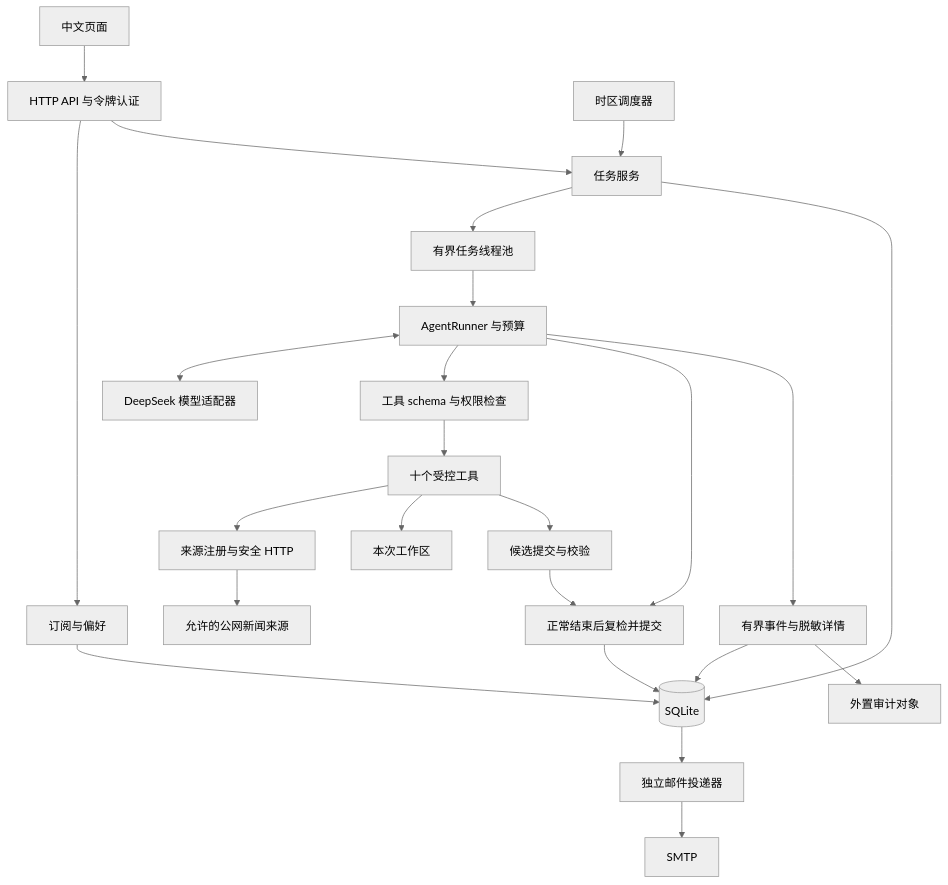
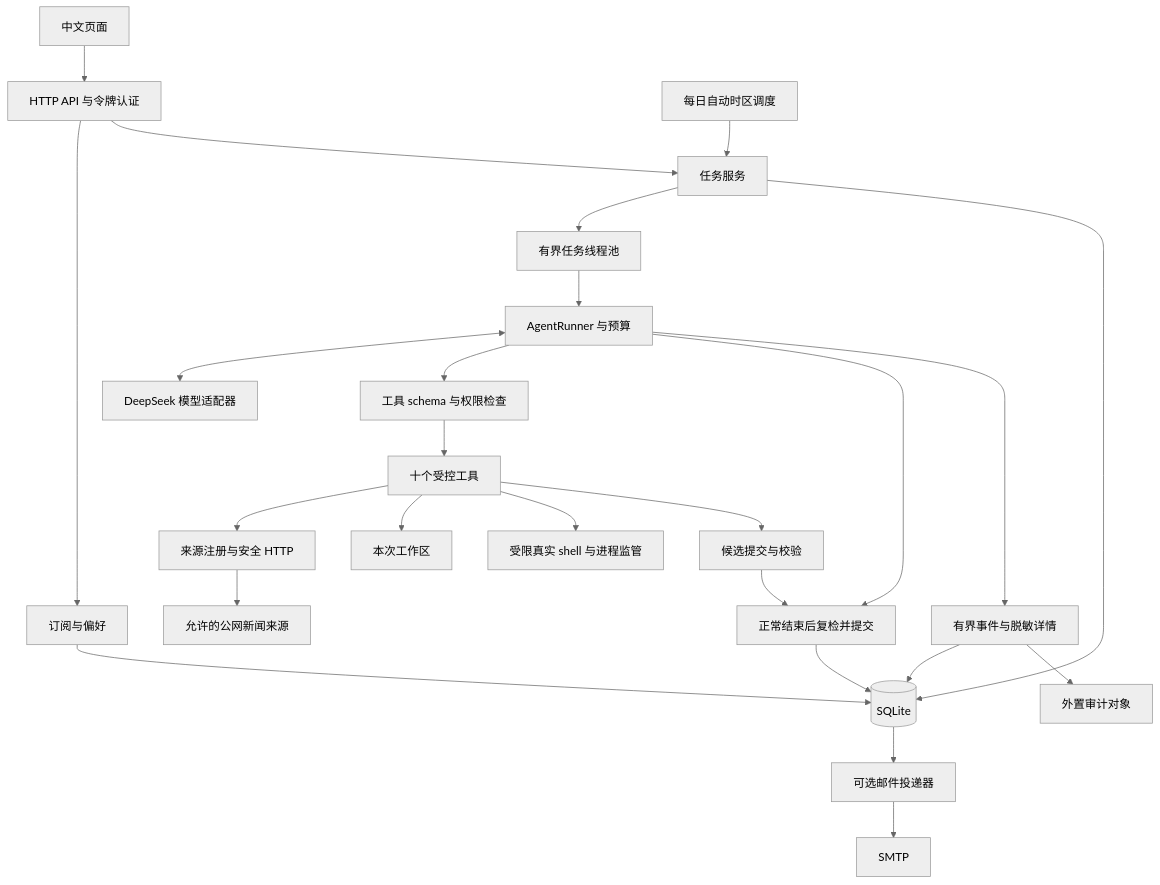
The diagram in docs/diagrams/01-architecture.mmd (xiaoyixin3/ai-news-agent), drawn with Mermaid (neutral theme) before and after one commit. The commit also changed 17 other files, not shown here.

Commit message:
docs: align revised architecture and record scheduled live acceptance

```diff
--- a/docs/diagrams/01-architecture.mmd
+++ b/docs/diagrams/01-architecture.mmd
@@ -1,24 +1,25 @@
 flowchart TB
   UI[中文页面] --> API[HTTP API 与令牌认证]
   API --> SUB[订阅与偏好]
   API --> RUN[任务服务]
-  SCH[时区调度器] --> RUN
+  SCH[每日自动时区调度] --> RUN
   RUN --> WORK[有界任务线程池]
   WORK --> AGENT[AgentRunner 与预算]
   AGENT <--> LLM[DeepSeek 模型适配器]
   AGENT --> GATE[工具 schema 与权限检查]
   GATE --> TOOLS[十个受控工具]
   TOOLS --> NEWS[来源注册与安全 HTTP]
   TOOLS --> WS[本次工作区]
+  TOOLS --> SHELL[受限真实 shell 与进程监管]
   TOOLS --> CAND[候选提交与校验]
   AGENT --> COMMIT[正常结束后复检并提交]
   CAND --> COMMIT
   COMMIT --> DB[(SQLite)]
   SUB --> DB
   RUN --> DB
   AGENT --> TRACE[有界事件与脱敏详情]
   TRACE --> DB
   TRACE --> OBJ[外置审计对象]
-  DB --> DELIVERY[独立邮件投递器]
+  DB --> DELIVERY[可选邮件投递器]
   DELIVERY --> SMTP[SMTP]
   NEWS --> PUBLIC[允许的公网新闻来源]
```
